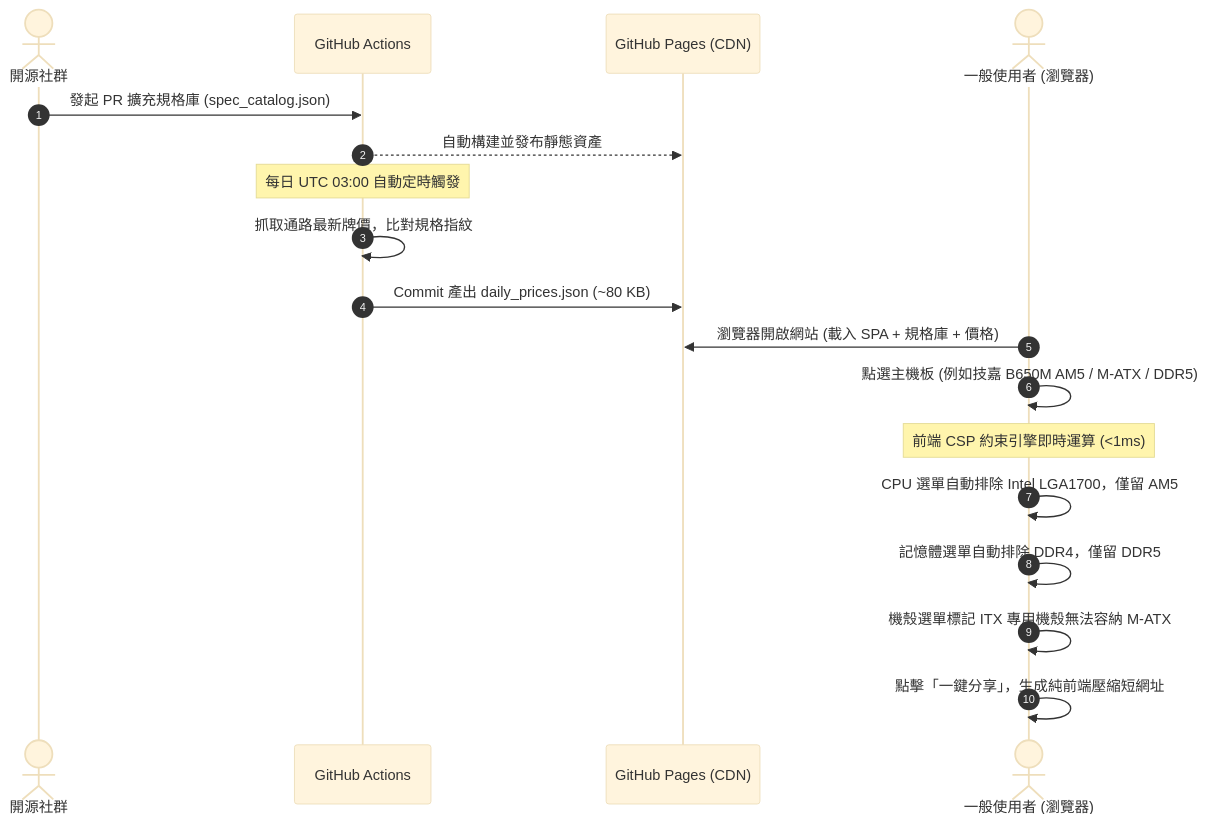
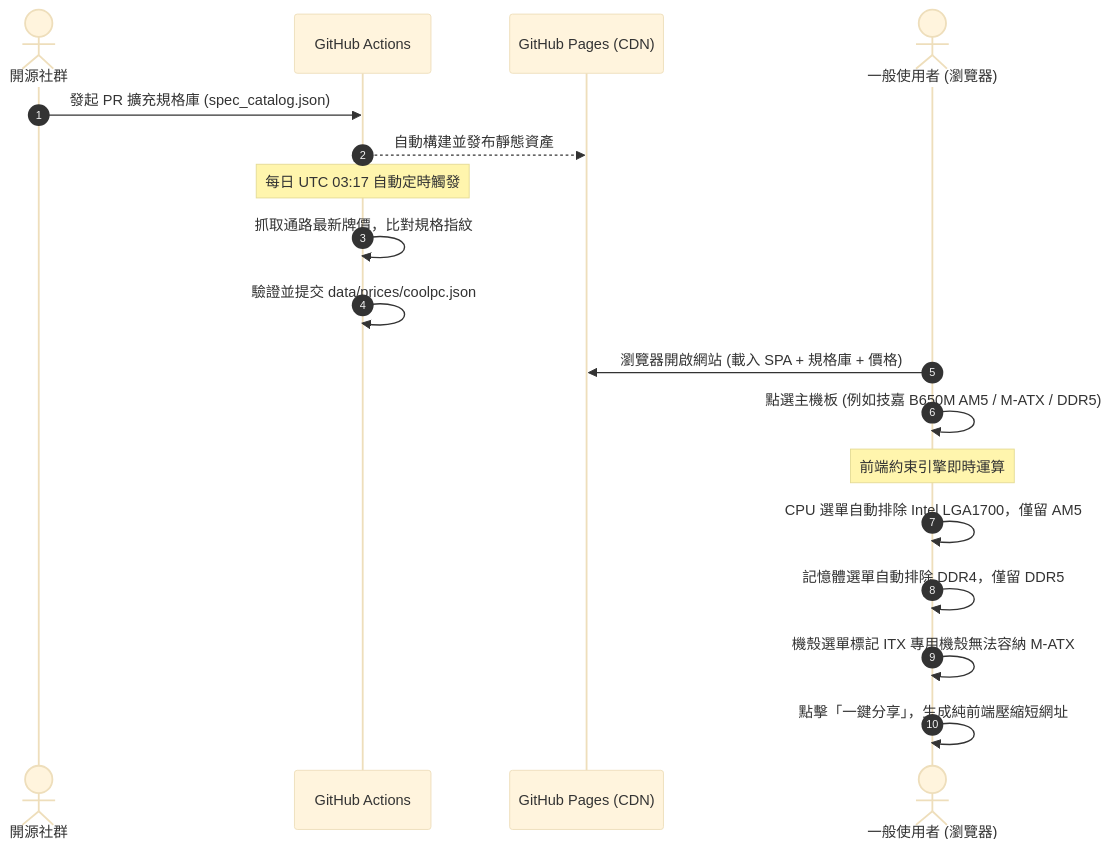
Before and after one commit to VaalRL/TW-bentocraft-dev: the diagram in README.zh-TW.md, drawn with Mermaid (base theme). The commit also changed other lines of this file and 9 other files, not shown here.

````diff
--- a/README.zh-TW.md
+++ b/README.zh-TW.md
@@ -75,22 +77,22 @@
 ```mermaid
 sequenceDiagram
     autonumber
     actor Dev as 開源社群
     participant GA as GitHub Actions
     participant GHP as GitHub Pages (CDN)
     actor User as 一般使用者 (瀏覽器)
 
     Dev->>GA: 發起 PR 擴充規格庫 (spec_catalog.json)
     GA-->>GHP: 自動構建並發布靜態資產
-    Note over GA: 每日 UTC 03:00 自動定時觸發
+    Note over GA: 每日 UTC 03:17 自動定時觸發
     GA->>GA: 抓取通路最新牌價，比對規格指紋
-    GA->>GHP: Commit 產出 daily_prices.json (~80 KB)
+    GA->>GA: 驗證並提交 data/prices/coolpc.json
     
     User->>GHP: 瀏覽器開啟網站 (載入 SPA + 規格庫 + 價格)
     User->>User: 點選主機板 (例如技嘉 B650M AM5 / M-ATX / DDR5)
-    Note over User: 前端 CSP 約束引擎即時運算 (<1ms)
+    Note over User: 前端約束引擎即時運算
     User->>User: CPU 選單自動排除 Intel LGA1700，僅留 AM5
     User->>User: 記憶體選單自動排除 DDR4，僅留 DDR5
     User->>User: 機殼選單標記 ITX 專用機殼無法容納 M-ATX
     User->>User: 點擊「一鍵分享」，生成純前端壓縮短網址
 ```
````
